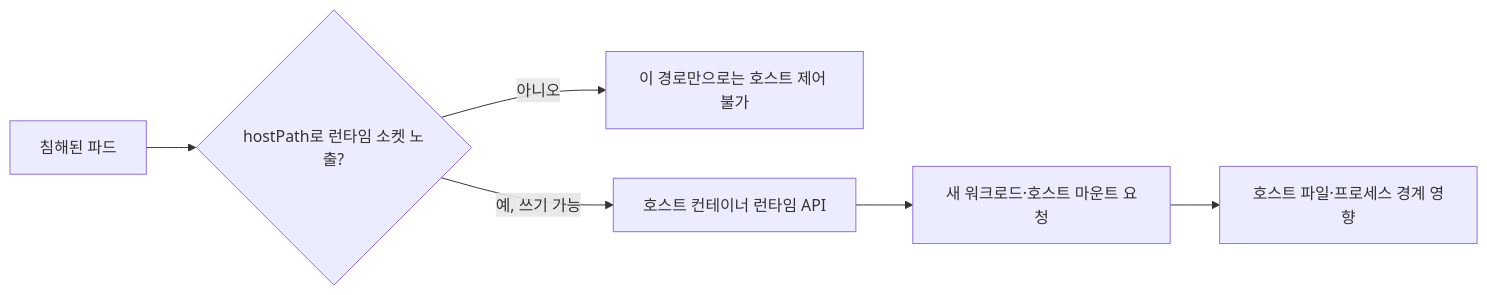
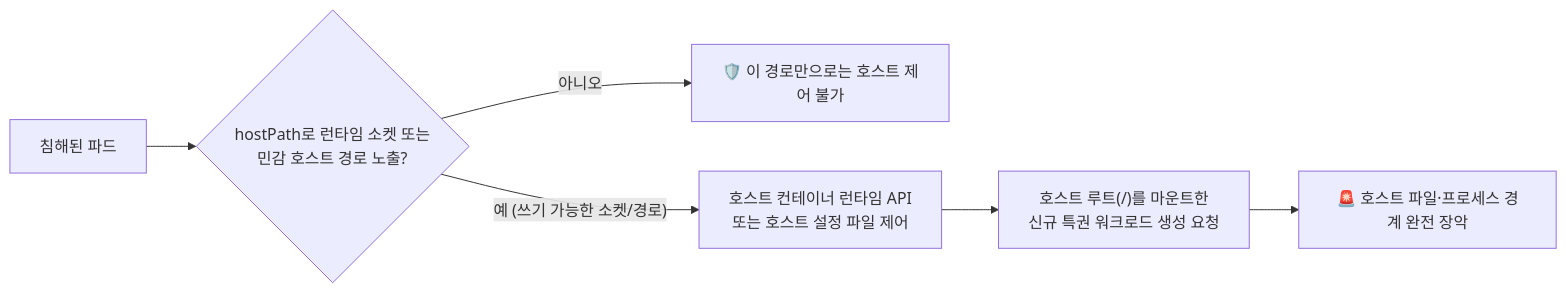
Before and after one commit to gooyong-sec/gooyong-sec.github.io: the second of 3 diagrams in content/클라우드인프라/클라우드 인프라 진단 — 컨테이너·Kubernetes 탈출.md, drawn with Mermaid. The commit also changed other lines of this file and 68 other files, not shown here.

````diff
--- a/content/클라우드인프라/클라우드 인프라 진단 — 컨테이너·Kubernetes 탈출.md
+++ b/content/클라우드인프라/클라우드 인프라 진단 — 컨테이너·Kubernetes 탈출.md
@@ -34,8 +67,8 @@
 ```mermaid
 flowchart LR
-    A["침해된 파드"] --> B{"hostPath로 런타임 소켓 노출?"}
-    B -->|"아니오"| C["이 경로만으로는 호스트 제어 불가"]
-    B -->|"예, 쓰기 가능"| D["호스트 컨테이너 런타임 API"]
-    D --> E["새 워크로드·호스트 마운트 요청"]
-    E --> F["호스트 파일·프로세스 경계 영향"]
+    A["침해된 파드"] --> B{"hostPath로 런타임 소켓 또는<br/>민감 호스트 경로 노출?"}
+    B -->|"아니오"| C["🛡️ 이 경로만으로는 호스트 제어 불가"]
+    B -->|"예 (쓰기 가능한 소켓/경로)"| D["호스트 컨테이너 런타임 API<br/>또는 호스트 설정 파일 제어"]
+    D --> E["호스트 루트(/)를 마운트한<br/>신규 특권 워크로드 생성 요청"]
+    E --> F["🚨 호스트 파일·프로세스 경계 완전 장악"]
 ```
````
